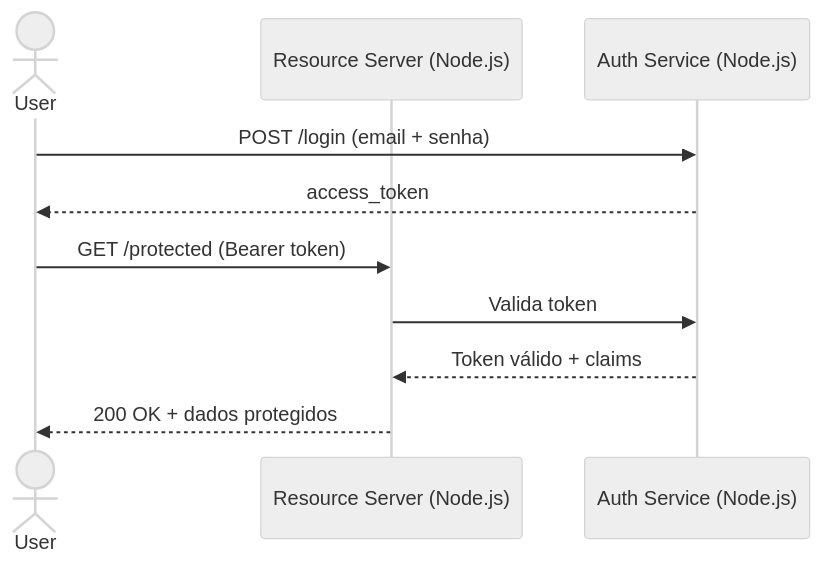
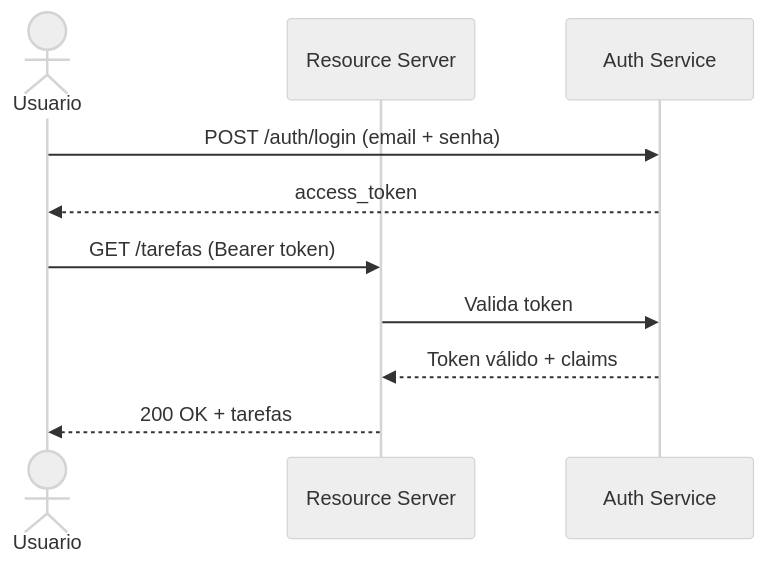
One commit to RhuanCSG/oauth-keycloak-lab changed the second of 6 diagrams in README.md. Above: the diagram before and after it, drawn with Mermaid (neutral theme). The commit also changed other lines of this file and 24 other files, not shown here.

````diff
--- a/README.md
+++ b/README.md
@@ -119,14 +103,14 @@
 ```mermaid
 sequenceDiagram
-    actor User
-    participant API as Resource Server (Node.js)
-    participant Auth as Auth Service (Node.js)
+    actor Usuario
+    participant RS as Resource Server
+    participant AS as Auth Service
 
-    User->>Auth: POST /login (email + senha)
-    Auth-->>User: access_token
+    Usuario->>AS: POST /auth/login (email + senha)
+    AS-->>Usuario: access_token
 
-    User->>API: GET /protected (Bearer token)
-    API->>Auth: Valida token
-    Auth-->>API: Token válido + claims
-    API-->>User: 200 OK + dados protegidos
+    Usuario->>RS: GET /tarefas (Bearer token)
+    RS->>AS: Valida token
+    AS-->>RS: Token válido + claims
+    RS-->>Usuario: 200 OK + tarefas
 ```
````
